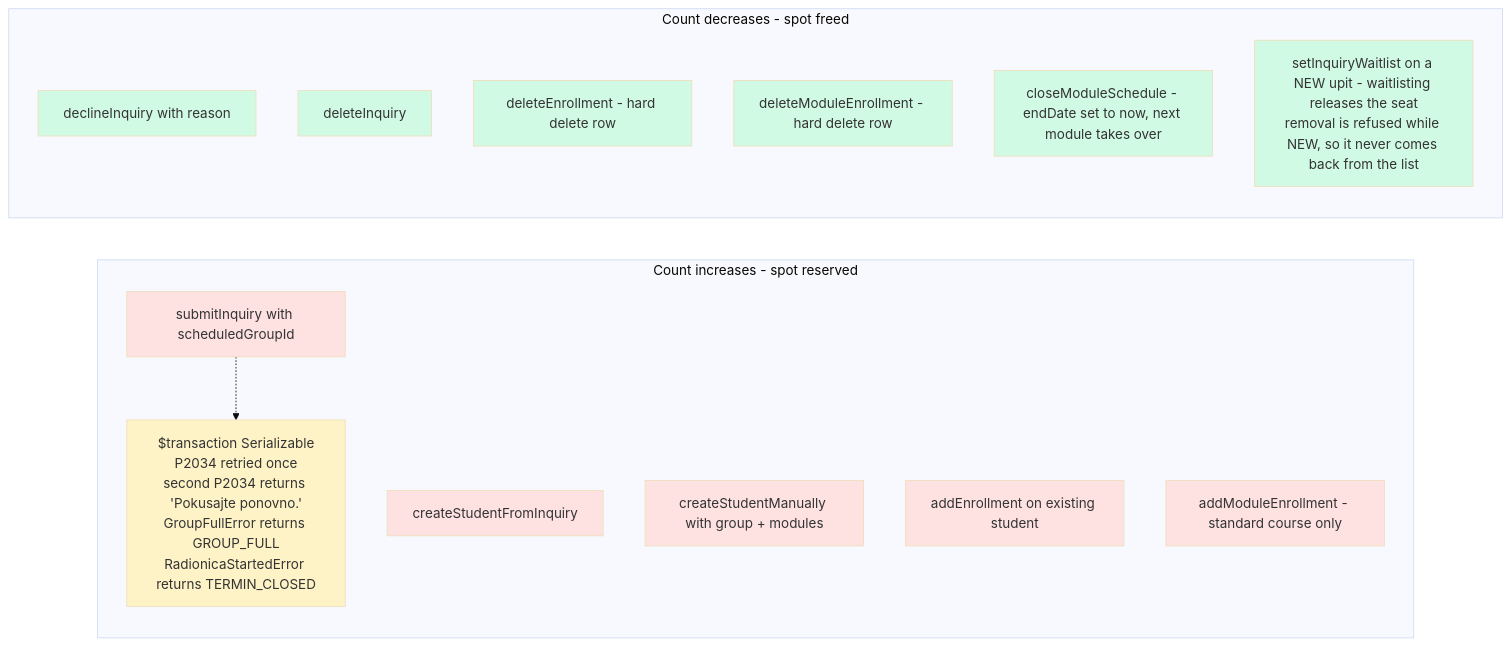
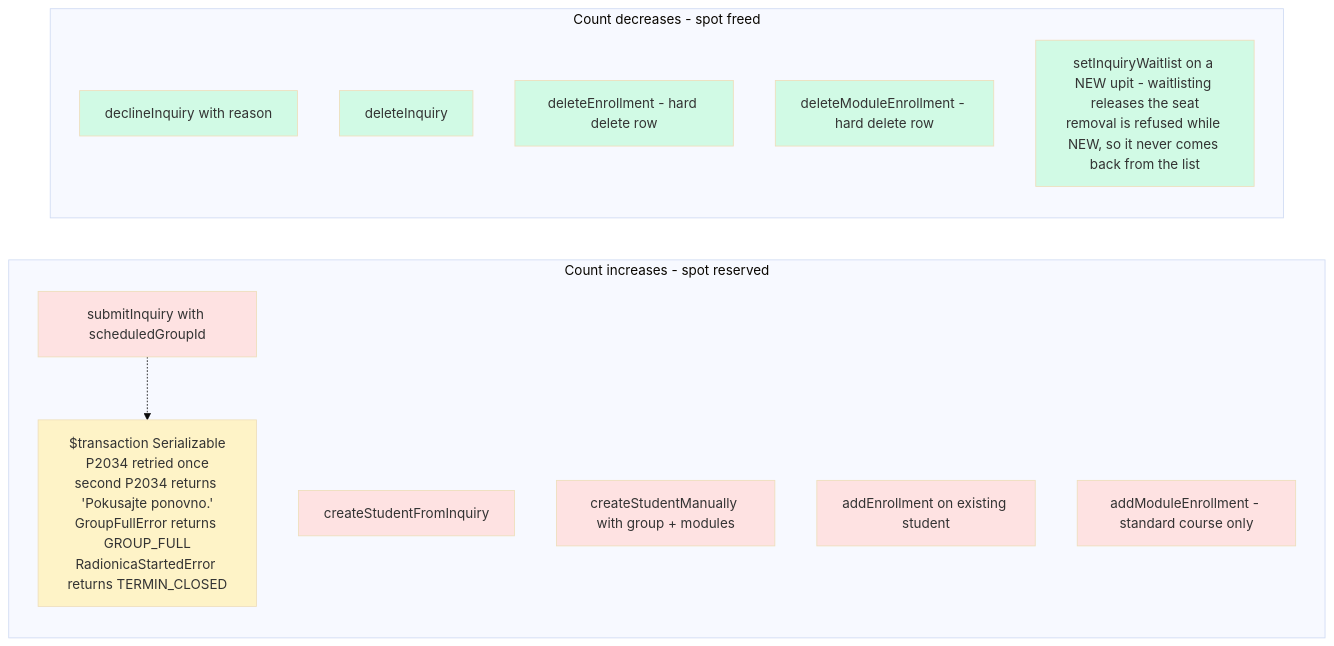
One commit to jpucic00/inovatic changed the fourth of 17 diagrams in docs/diagrams/enrollment-rules.md. Above: the diagram before and after it, drawn with Mermaid (base theme). The commit also changed other lines of this file and 18 other files, not shown here.

````diff
--- a/docs/diagrams/enrollment-rules.md
+++ b/docs/diagrams/enrollment-rules.md
@@ -169,34 +169,32 @@
 ```mermaid
 flowchart LR
     subgraph "Count increases - spot reserved"
         R1[submitInquiry with scheduledGroupId]
         R2[createStudentFromInquiry]
         R3[createStudentManually with group + modules]
         R4[addEnrollment on existing student]
         R5[addModuleEnrollment - standard course only]
         R1_TX["$transaction Serializable<br/>P2034 retried once<br/>second P2034 returns 'Pokusajte ponovno.'<br/>GroupFullError returns GROUP_FULL<br/>RadionicaStartedError returns TERMIN_CLOSED"]
         R1 -.-> R1_TX
     end
 
     subgraph "Count decreases - spot freed"
         F1[declineInquiry with reason]
         F2[deleteInquiry]
         F3[deleteEnrollment - hard delete row]
         F4[deleteModuleEnrollment - hard delete row]
-        F5["closeModuleSchedule - endDate set to now, next module takes over"]
         F6["setInquiryWaitlist on a NEW upit - waitlisting releases the seat<br/>removal is refused while NEW, so it never comes back from the list"]
     end
 
     style R1 fill:#fee2e2
     style R2 fill:#fee2e2
     style R3 fill:#fee2e2
     style R4 fill:#fee2e2
     style R5 fill:#fee2e2
     style R1_TX fill:#fef3c7
     style F1 fill:#d1fae5
     style F2 fill:#d1fae5
     style F3 fill:#d1fae5
     style F4 fill:#d1fae5
-    style F5 fill:#d1fae5
     style F6 fill:#d1fae5
 ```
````
